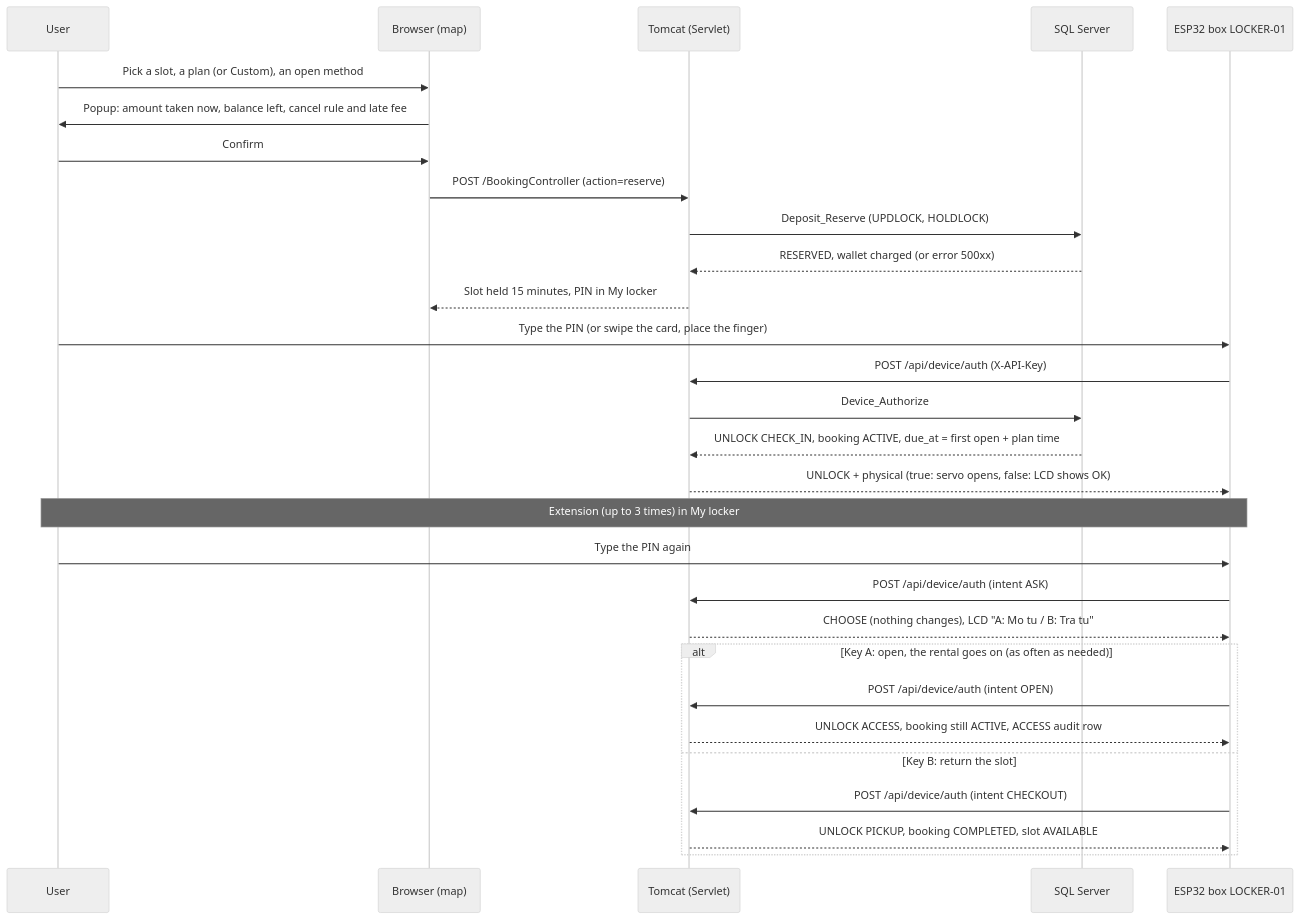
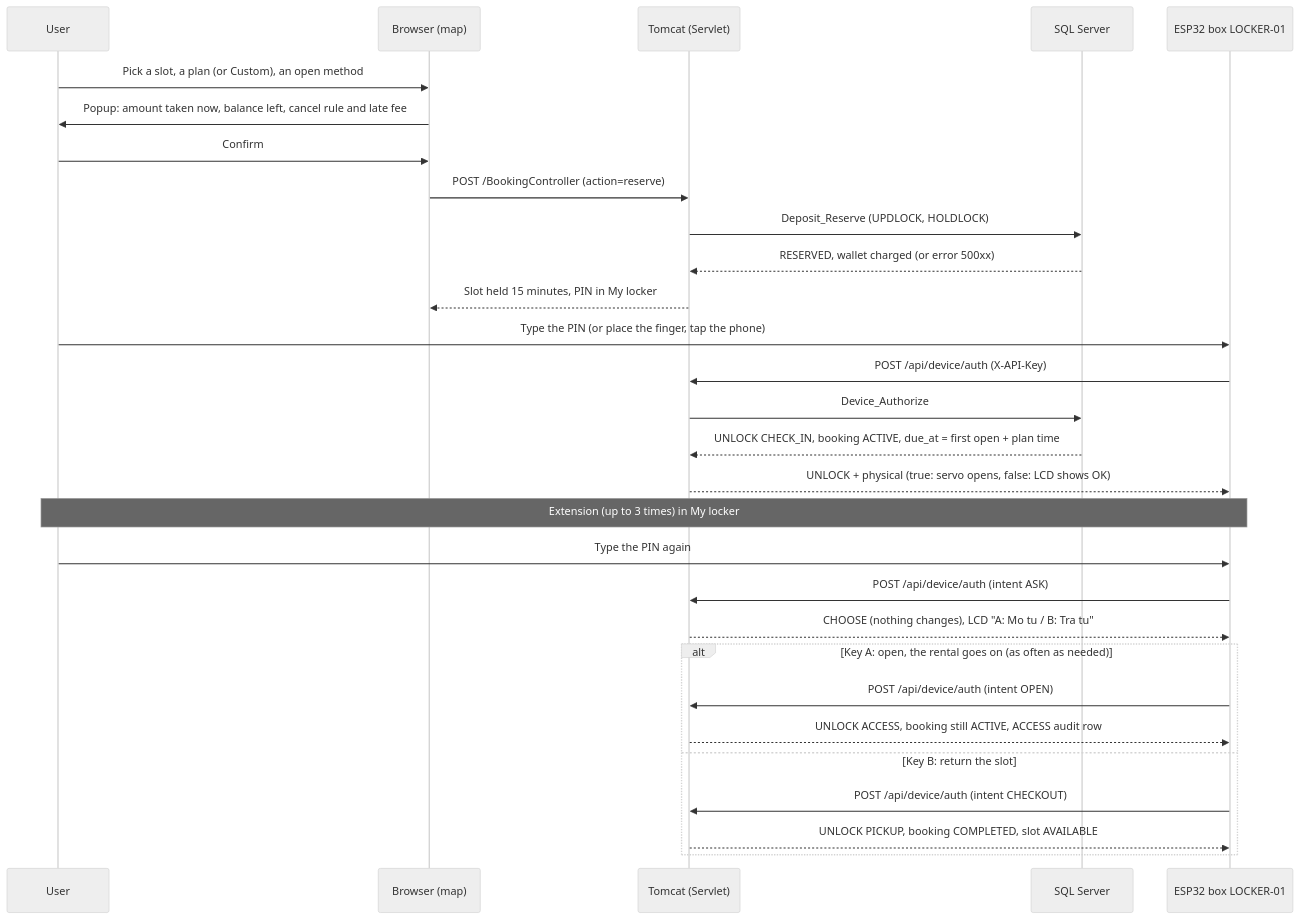
Before and after one commit to HoangDuc1003/SmartLocker: the first of 4 diagrams in README.en.md, drawn with Mermaid (neutral theme). The commit also changed other lines of this file and 69 other files, not shown here.

First line of the commit message:
v7: the phone replaces the RFID card (PN532 NFC tap), no card deposit

````diff
--- a/README.en.md
+++ b/README.en.md
@@ -301,32 +310,32 @@
 ```mermaid
 sequenceDiagram
     participant U as User
     participant W as Browser (map)
     participant S as Tomcat (Servlet)
     participant D as SQL Server
     participant B as ESP32 box LOCKER-01
 
     U->>W: Pick a slot, a plan (or Custom), an open method
     W->>U: Popup: amount taken now, balance left, cancel rule and late fee
     U->>W: Confirm
     W->>S: POST /BookingController (action=reserve)
     S->>D: Deposit_Reserve (UPDLOCK, HOLDLOCK)
     D-->>S: RESERVED, wallet charged (or error 500xx)
     S-->>W: Slot held 15 minutes, PIN in My locker
-    U->>B: Type the PIN (or swipe the card, place the finger)
+    U->>B: Type the PIN (or place the finger, tap the phone)
     B->>S: POST /api/device/auth (X-API-Key)
     S->>D: Device_Authorize
     D-->>S: UNLOCK CHECK_IN, booking ACTIVE, due_at = first open + plan time
     S-->>B: UNLOCK + physical (true: servo opens, false: LCD shows OK)
     Note over U,B: Extension (up to 3 times) in My locker
     U->>B: Type the PIN again
     B->>S: POST /api/device/auth (intent ASK)
     S-->>B: CHOOSE (nothing changes), LCD "A: Mo tu / B: Tra tu"
     alt Key A: open, the rental goes on (as often as needed)
         B->>S: POST /api/device/auth (intent OPEN)
         S-->>B: UNLOCK ACCESS, booking still ACTIVE, ACCESS audit row
     else Key B: return the slot
         B->>S: POST /api/device/auth (intent CHECKOUT)
         S-->>B: UNLOCK PICKUP, booking COMPLETED, slot AVAILABLE
     end
 ```
````
